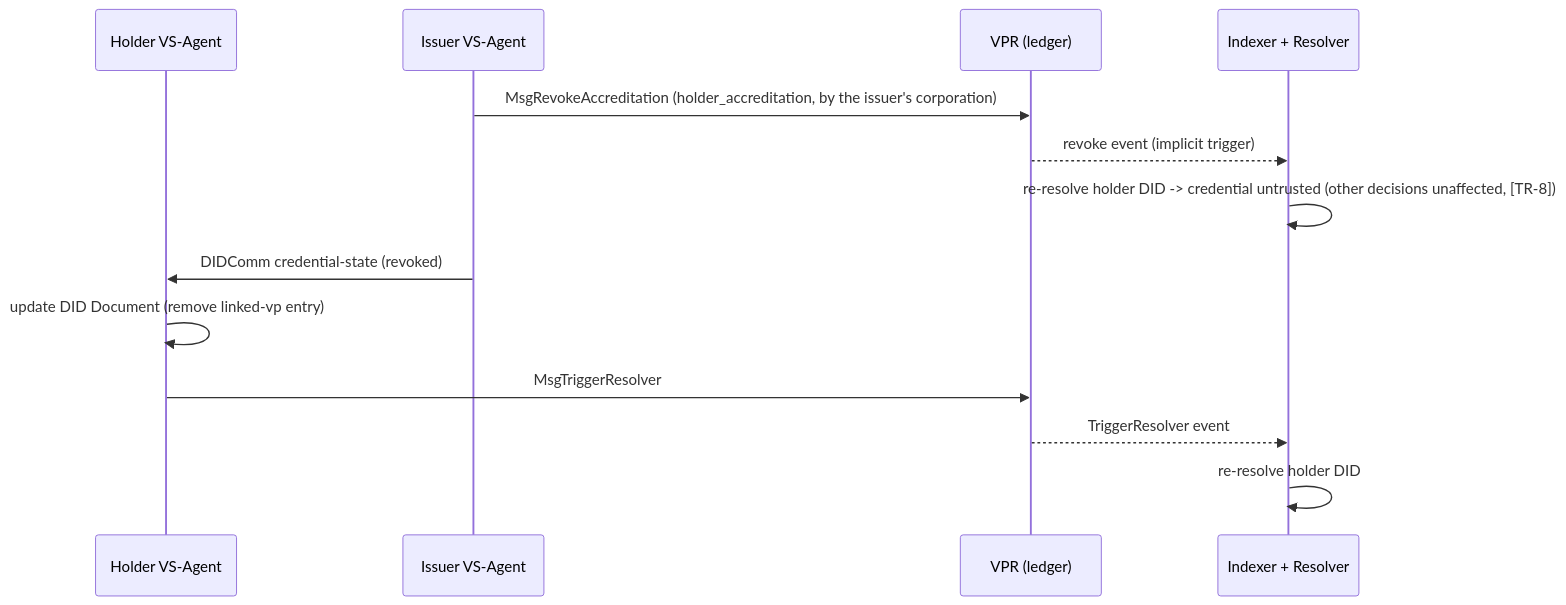
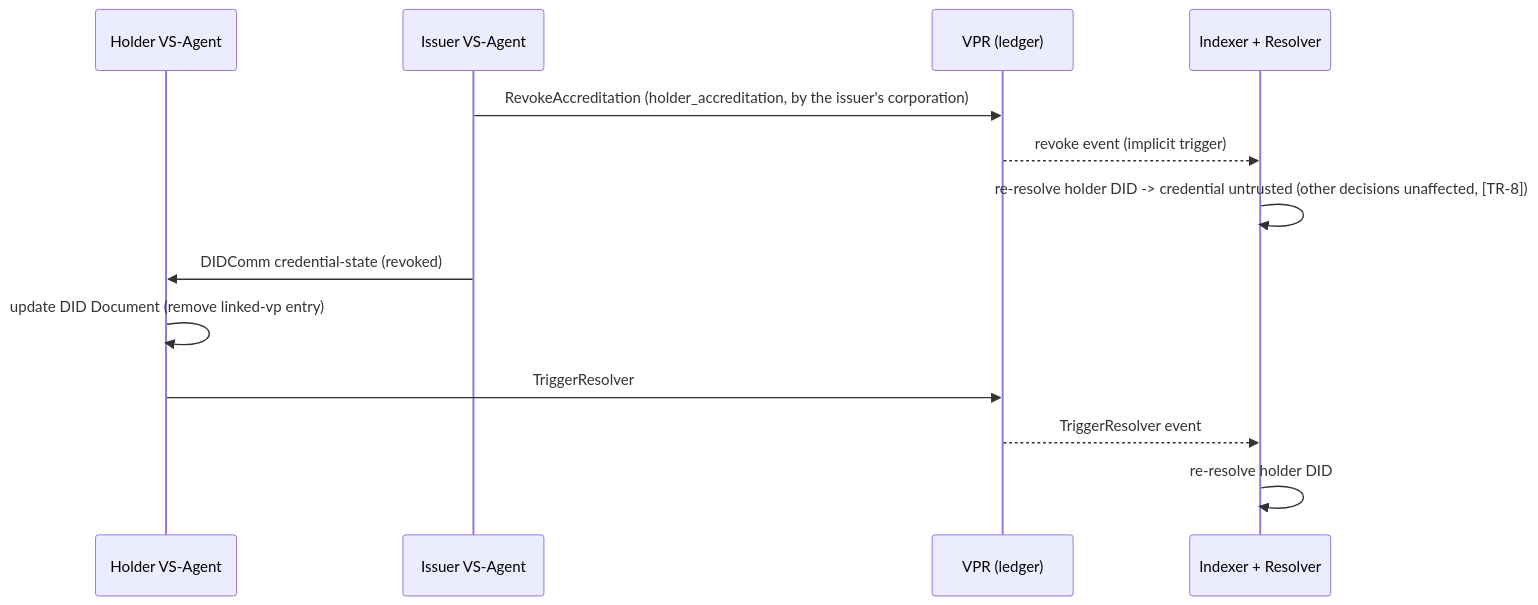
Diagram 16 of 16 in spec.md (verana-labs/verifiable-trust-spec), drawn with Mermaid before and after one commit. The commit also changed other lines of this file, not shown here.

Commit message:
Examples: the VPR message names without the Msg prefix the VPR leaves to implementations (13 occurrences) (audit)

````diff
--- a/spec.md
+++ b/spec.md
@@ -2667,16 +2667,16 @@
 ```mermaid
 sequenceDiagram
     participant Holder as Holder VS-Agent
     participant Issuer as Issuer VS-Agent
     participant VPR as VPR (ledger)
     participant Idx as Indexer + Resolver
 
-    Issuer->>VPR: MsgRevokeAccreditation (holder_accreditation, by the issuer's corporation)
+    Issuer->>VPR: RevokeAccreditation (holder_accreditation, by the issuer's corporation)
     VPR-->>Idx: revoke event (implicit trigger)
     Idx->>Idx: re-resolve holder DID -> credential untrusted (other decisions unaffected, [TR-8])
     Issuer->>Holder: DIDComm credential-state (revoked)
     Holder->>Holder: update DID Document (remove linked-vp entry)
-    Holder->>VPR: MsgTriggerResolver
+    Holder->>VPR: TriggerResolver
     VPR-->>Idx: TriggerResolver event
     Idx->>Idx: re-resolve holder DID
 ```
````
